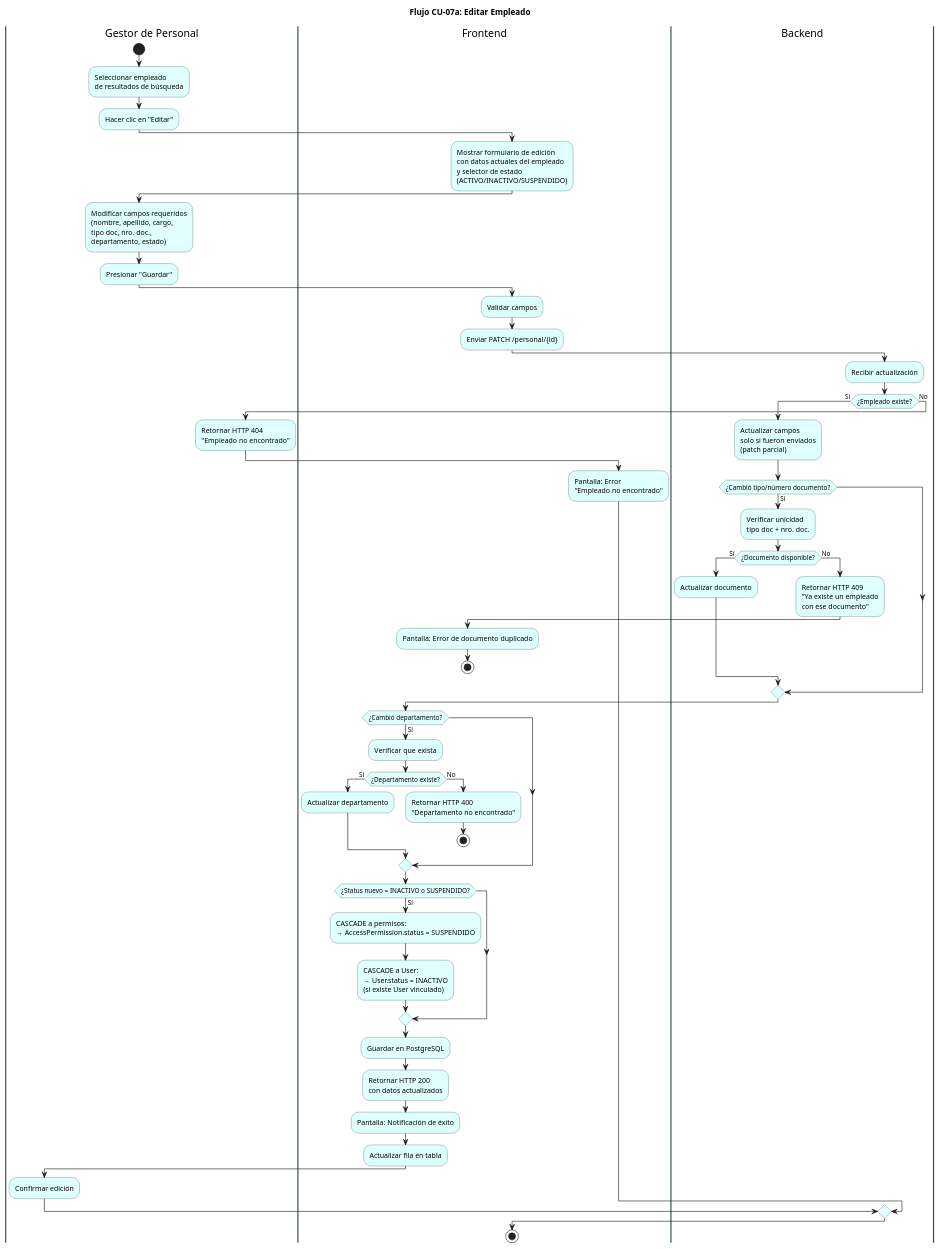
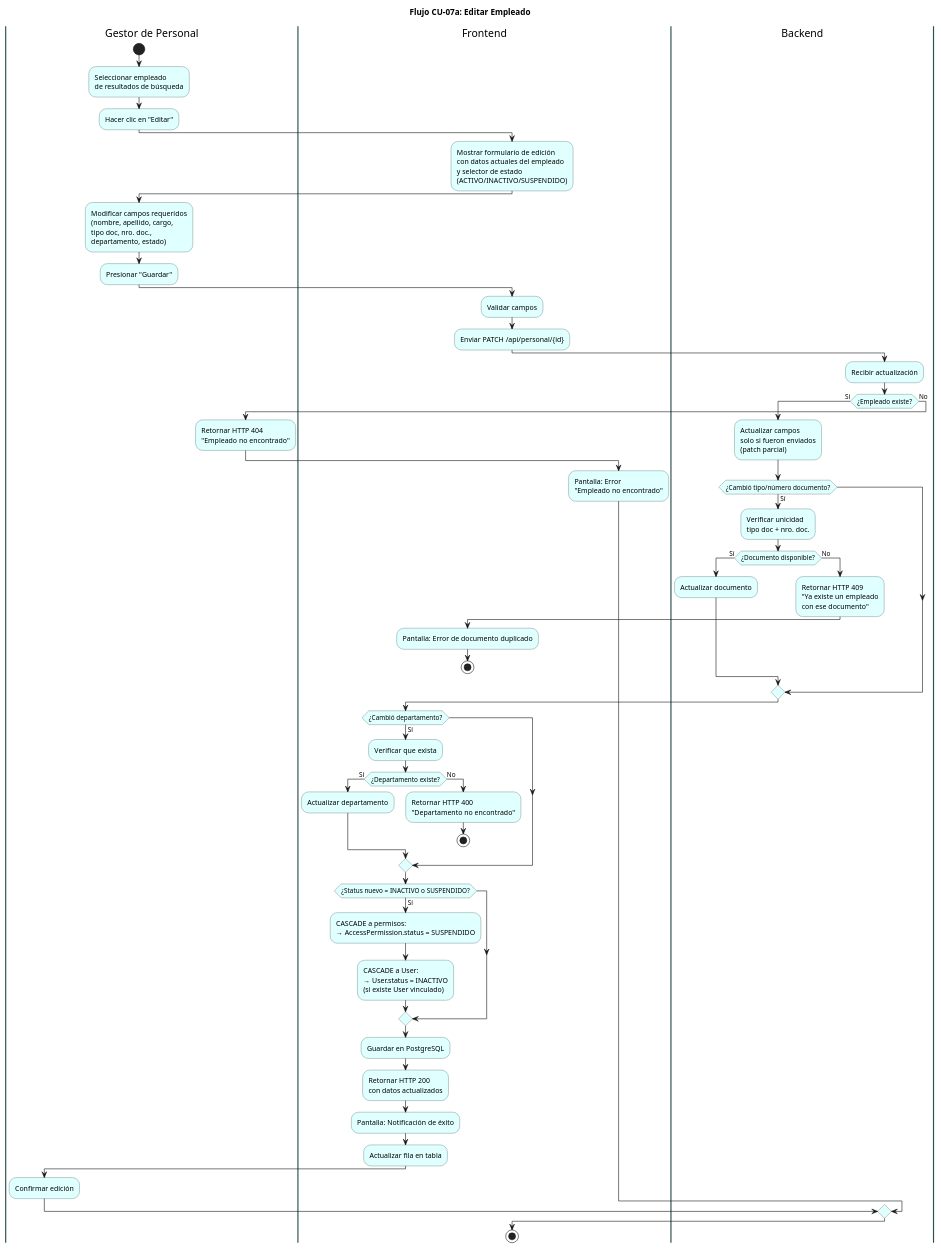
The diagram in docs/diagramas/flujo/18_flujo_editar_empleado.puml (ElianMMCode/Zone-Control), drawn with PlantUML before and after one commit. The commit also changed 51 other files, not shown here.

```diff
--- a/docs/diagramas/flujo/18_flujo_editar_empleado.puml
+++ b/docs/diagramas/flujo/18_flujo_editar_empleado.puml
@@ -1,87 +1,87 @@
 @startuml
 title Flujo CU-07a: Editar Empleado
 skinparam activity {
   BackgroundColor LightCyan
   BorderColor DarkSlateGray
 }
 skinparam swimlane {
   BorderColor DarkSlateGray
   BorderThickness 2
 }
 
 |Gestor de Personal|
 start
 :Seleccionar empleado\nde resultados de búsqueda;
 
 :Hacer clic en "Editar";
 
 |Frontend|
 :Mostrar formulario de edición\ncon datos actuales del empleado\ny selector de estado\n(ACTIVO/INACTIVO/SUSPENDIDO);
 
 |Gestor de Personal|
 :Modificar campos requeridos\n(nombre, apellido, cargo,\ntipo doc, nro. doc.,\ndepartamento, estado);
 
 :Presionar "Guardar";
 
 |Frontend|
 :Validar campos;
 
-:Enviar PATCH /personal/{id};
+:Enviar PATCH /api/personal/{id};
 
 |Backend|
 :Recibir actualización;
 
 if (¿Empleado existe?) then (Sí)
   :Actualizar campos\nsolo si fueron enviados\n(patch parcial);
 
   if (¿Cambió tipo/número documento?) then (Sí)
     :Verificar unicidad\ntipo doc + nro. doc.;
 
     if (¿Documento disponible?) then (Sí)
       :Actualizar documento;
     else (No)
       :Retornar HTTP 409\n"Ya existe un empleado\ncon ese documento";
       |Frontend|
       :Pantalla: Error de documento duplicado;
       stop
     endif
   endif
 
   if (¿Cambió departamento?) then (Sí)
     :Verificar que exista;
     if (¿Departamento existe?) then (Sí)
       :Actualizar departamento;
     else (No)
       :Retornar HTTP 400\n"Departamento no encontrado";
       stop
     endif
   endif
 
   if (¿Status nuevo = INACTIVO o SUSPENDIDO?) then (Sí)
     :CASCADE a permisos:\n→ AccessPermission.status = SUSPENDIDO;
 
     :CASCADE a User:\n→ User.status = INACTIVO\n(si existe User vinculado);
   endif
 
   :Guardar en PostgreSQL;
 
   :Retornar HTTP 200\ncon datos actualizados;
 
   |Frontend|
   :Pantalla: Notificación de éxito;
 
   :Actualizar fila en tabla;
 
   |Gestor de Personal|
   :Confirmar edición;
 
 else (No)
   :Retornar HTTP 404\n"Empleado no encontrado";
 
   |Frontend|
   :Pantalla: Error\n"Empleado no encontrado";
 endif
 
 stop
 
 @enduml
```
